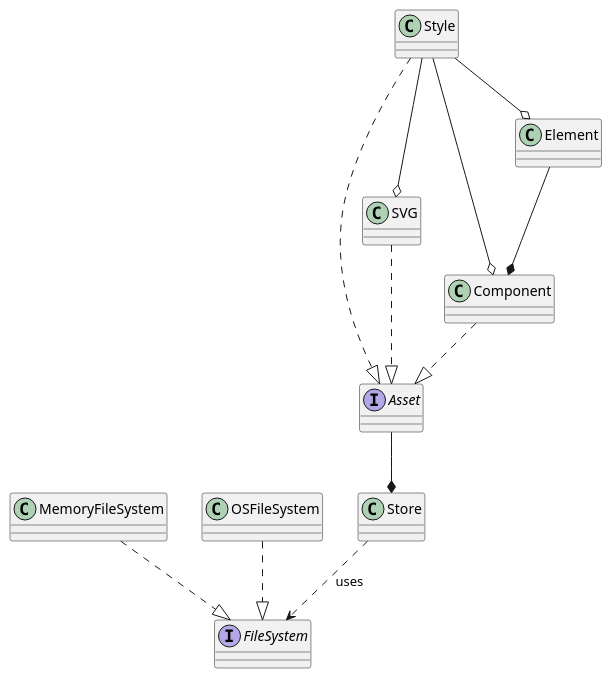
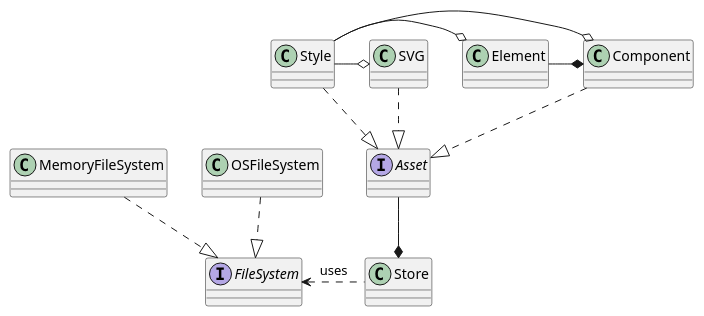
One commit to turnerdev/scritti changed the diagram in docs/classes.puml. Above: the diagram before and after it, drawn with PlantUML. The commit also changed 5 other files, not shown here.

```diff
--- a/docs/classes.puml
+++ b/docs/classes.puml
@@ -1,29 +1,29 @@
 @startuml
 
 interface FileSystem
 class MemoryFileSystem
 class OSFileSystem
 
 class Store
 
 interface Asset
 
 class Component
 class Style
 class SVG
 
 Asset --* Store
-Store ..> FileSystem: uses
+Store .left.> FileSystem: uses
 Component ..|> Asset
 Style ..|> Asset
 SVG ..|> Asset
 
-Style --o Component
-Element --* Component
-Style --o Element
-Style --o SVG
+Style -o Component
+Element -* Component
+Style -o Element
+Style -o SVG
 
 MemoryFileSystem ..|> FileSystem
 OSFileSystem ..|> FileSystem
 
 @enduml
```
